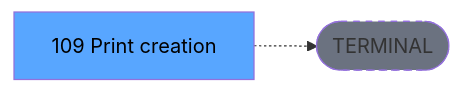
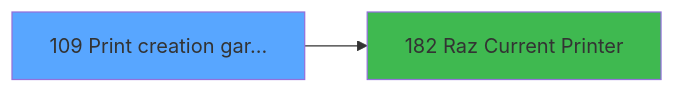
The third of 3 diagrams in .openspec/specs/ADH-IDE-109.md (thonyAGP/magic-migration), drawn with Mermaid before and after one commit. The commit also changed other lines of this file and 253 other files, not shown here.

````diff
--- a/.openspec/specs/ADH-IDE-109.md
+++ b/.openspec/specs/ADH-IDE-109.md
@@ -140,8 +521,8 @@
 ```mermaid
 graph LR
-    T[109 Print creation ]
-    TERM([TERMINAL])
-    T -.-> TERM
-    style TERM fill:#6b7280,stroke-dasharray: 5 5
-    style T fill:#58a6ff,color:#000
+    T109[109 Print creation gar...]
+    style T109 fill:#58a6ff
+    C182[182 Raz Current Printer]
+    T109 --> C182
+    style C182 fill:#3fb950
 ```
````
